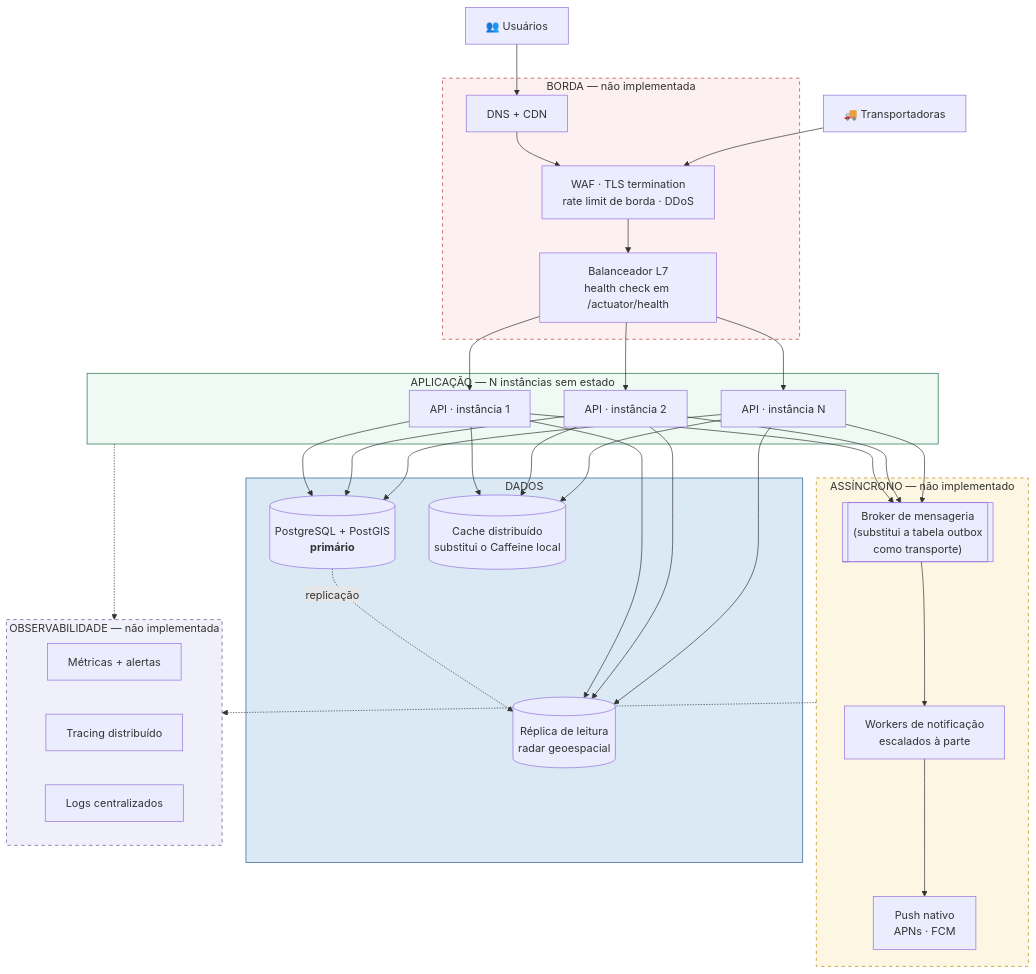
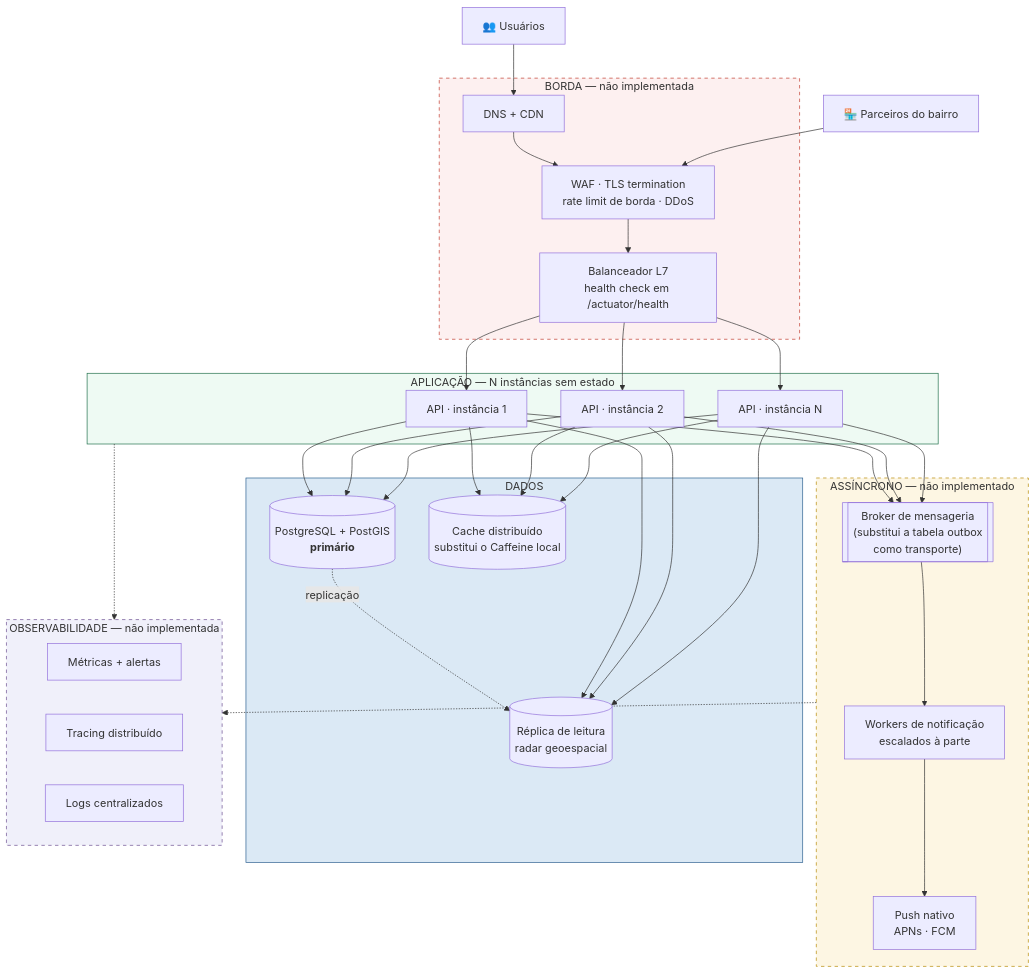
Before and after one commit to RenanFerreira02/Omni-Tribo-PBL: the first of 2 diagrams in docs/diagramas/arquitetura-alvo.md, drawn with Mermaid. The commit also changed other lines of this file and 760 other files, not shown here.

````diff
--- a/docs/diagramas/arquitetura-alvo.md
+++ b/docs/diagramas/arquitetura-alvo.md
@@ -14,53 +14,53 @@
 ```mermaid
 flowchart TB
     users["👥 Usuários"]
-    carriers["🚚 Transportadoras"]
+    parceiros["🏪 Parceiros do bairro"]
 
     subgraph borda ["BORDA — não implementada"]
         dns["DNS + CDN"]
         waf["WAF · TLS termination<br/>rate limit de borda · DDoS"]
         lb["Balanceador L7<br/>health check em /actuator/health"]
     end
 
     subgraph app ["APLICAÇÃO — N instâncias sem estado"]
         api1["API · instância 1"]
         api2["API · instância 2"]
         api3["API · instância N"]
     end
 
     subgraph async ["ASSÍNCRONO — não implementado"]
         broker[["Broker de mensageria<br/>(substitui a tabela outbox<br/>como transporte)"]]
         workers["Workers de notificação<br/>escalados à parte"]
         push["Push nativo<br/>APNs · FCM"]
     end
 
     subgraph dados ["DADOS"]
         primary[("PostgreSQL + PostGIS<br/><b>primário</b>")]
         replica[("Réplica de leitura<br/>radar geoespacial")]
         cache[("Cache distribuído<br/>substitui o Caffeine local")]
         primary -.->|"replicação"| replica
     end
 
     subgraph obs ["OBSERVABILIDADE — não implementada"]
         metrics["Métricas + alertas"]
         traces["Tracing distribuído"]
         logs["Logs centralizados"]
     end
 
     users --> dns --> waf --> lb
-    carriers --> waf
+    parceiros --> waf
     lb --> api1 & api2 & api3
     api1 & api2 & api3 --> primary
     api1 & api2 & api3 --> replica
     api1 & api2 & api3 --> cache
     api1 & api2 & api3 --> broker
     broker --> workers --> push
     app -.-> obs
     async -.-> obs
 
     style borda fill:#fdf0f0,stroke:#c0392b,stroke-dasharray: 5 5
     style async fill:#fdf6e3,stroke:#b58900,stroke-dasharray: 5 5
     style obs fill:#f0f0fa,stroke:#6b4d8f,stroke-dasharray: 5 5
     style app fill:#eefaf3,stroke:#1f6f4a
     style dados fill:#dbe9f5,stroke:#2b5f8f
 ```
````
